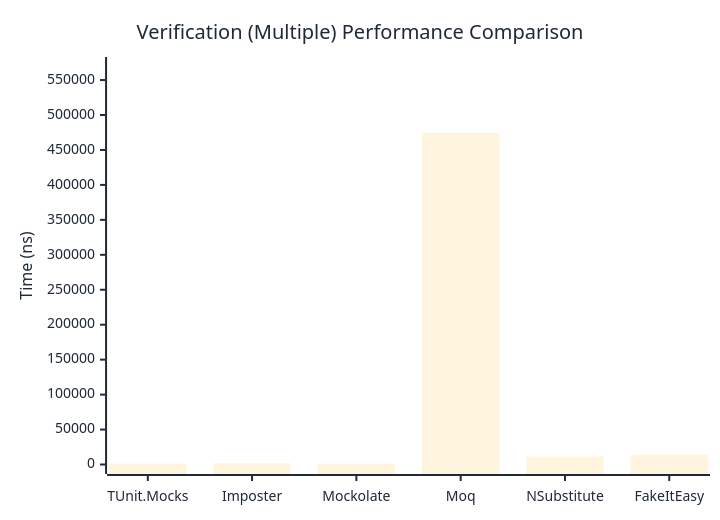
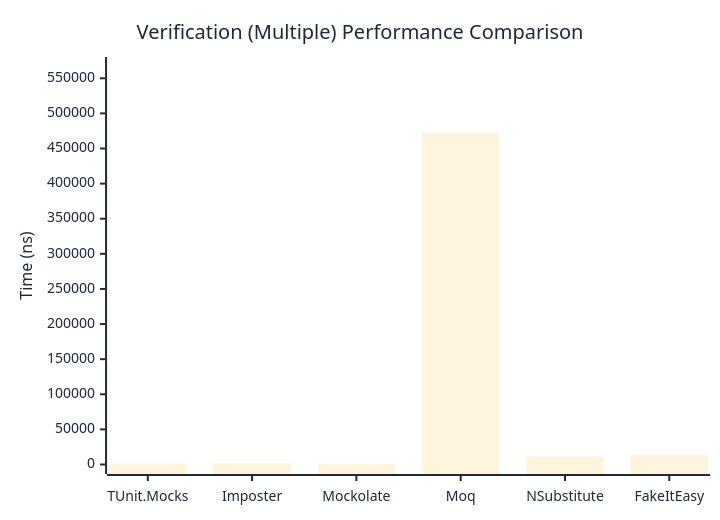
The third of 3 diagrams in docs/docs/benchmarks/mocks/Verification.md (thomhurst/TUnit), drawn with Mermaid before and after one commit. The commit also changed other lines of this file and 14 other files, not shown here.

````diff
--- a/docs/docs/benchmarks/mocks/Verification.md
+++ b/docs/docs/benchmarks/mocks/Verification.md
@@ -112,27 +112,27 @@
 ```mermaid
 %%{init: {
   'theme':'base',
   'themeVariables': {
     'primaryColor': '#2563eb',
     'primaryTextColor': '#1f2937',
     'primaryBorderColor': '#1e40af',
     'lineColor': '#6b7280',
     'secondaryColor': '#7c3aed',
     'tertiaryColor': '#dc2626',
     'background': '#ffffff',
     'pie1': '#2563eb',
     'pie2': '#7c3aed',
     'pie3': '#dc2626',
     'pie4': '#f59e0b',
     'pie5': '#10b981',
     'pie6': '#06b6d4',
     'pie7': '#ec4899',
     'pie8': '#6366f1'
   }
 }}%%
 xychart-beta
   title "Verification (Multiple) Performance Comparison"
   x-axis ["TUnit.Mocks", "Imposter", "Mockolate", "Moq", "NSubstitute", "FakeItEasy"]
-  y-axis "Time (ns)" 0 --> 569404
-  bar [1273.18, 1778.5, 1145.24, 474502.72, 11302.78, 13828.99]
+  y-axis "Time (ns)" 0 --> 566761
+  bar [1225.61, 1747.22, 1074.39, 472300.66, 11161.7, 13804.94]
 ```
````
